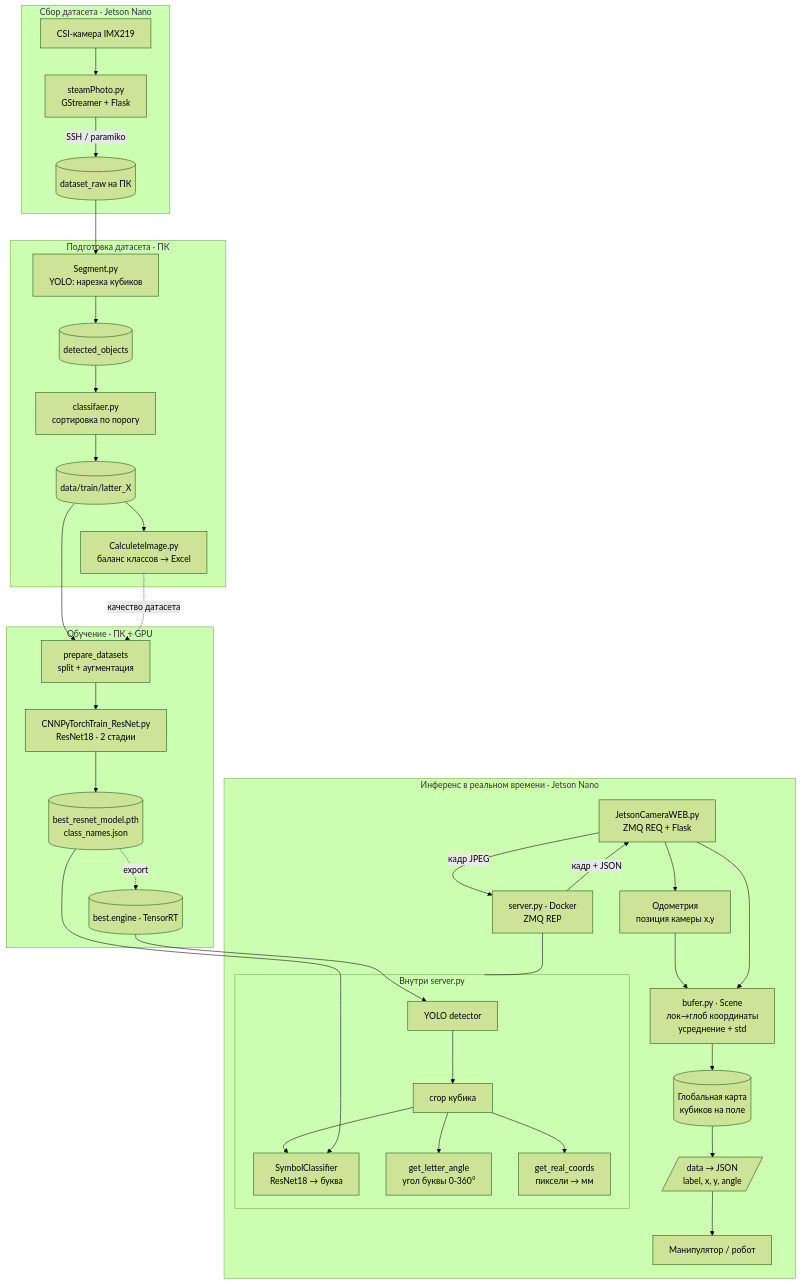
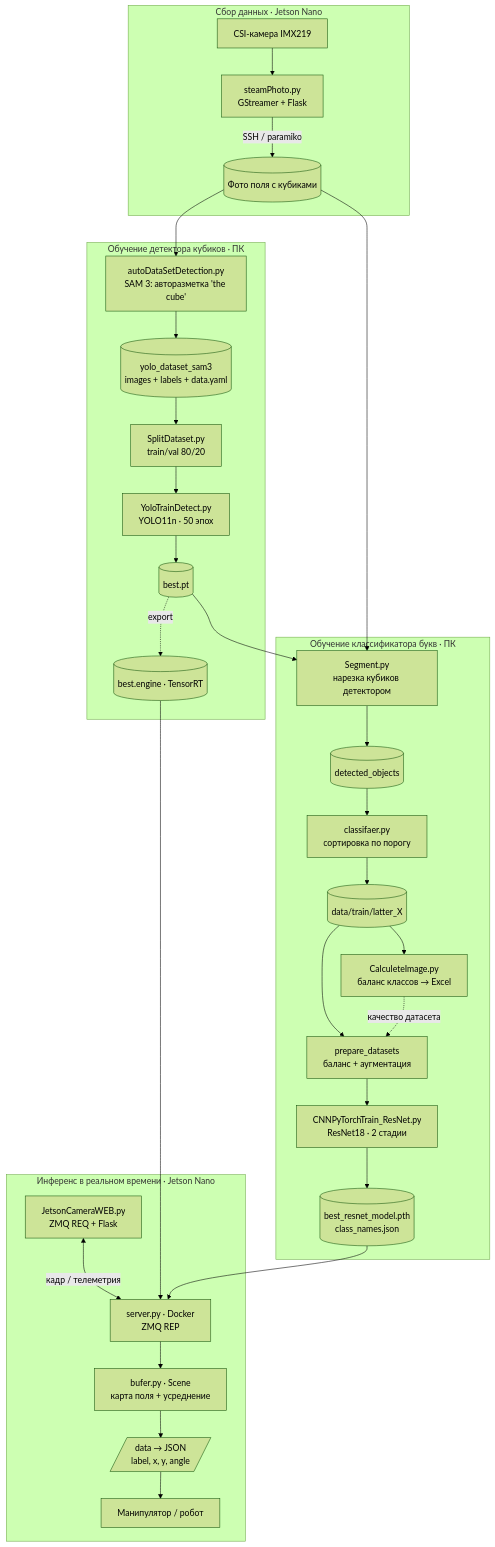
One commit to Pazlik19/YoloVision changed the first of 11 diagrams in docs/diagrams.md. Above: the diagram before and after it, drawn with Mermaid (forest theme). The commit also changed other lines of this file and 1 other file, not shown here.

First line of the commit message:
docs: добавлен пайплайн обучения YOLO-детектора в диаграммы

````diff
--- a/docs/diagrams.md
+++ b/docs/diagrams.md
@@ -14,51 +15,43 @@
 ```mermaid
 flowchart TD
     %% ================= СБОР ДАННЫХ =================
-    subgraph CAP["Сбор датасета · Jetson Nano"]
+    subgraph CAP["Сбор данных · Jetson Nano"]
         CAM[CSI-камера IMX219] --> SP[steamPhoto.py<br/>GStreamer + Flask]
-        SP -->|SSH / paramiko| RAW[(dataset_raw на ПК)]
+        SP -->|SSH / paramiko| RAW[(Фото поля с кубиками)]
     end
 
-    %% ================= ПОДГОТОВКА =================
-    subgraph PREP["Подготовка датасета · ПК"]
-        RAW --> SEG[Segment.py<br/>YOLO: нарезка кубиков]
+    %% ============ ОБУЧЕНИЕ ДЕТЕКТОРА YOLO ============
+    subgraph YTR["Обучение детектора кубиков · ПК"]
+        RAW --> SAM[autoDataSetDetection.py<br/>SAM 3: авторазметка 'the cube']
+        SAM --> YDS[(yolo_dataset_sam3<br/>images + labels + data.yaml)]
+        YDS --> SPL[SplitDataset.py<br/>train/val 80/20]
+        SPL --> YT[YoloTrainDetect.py<br/>YOLO11n · 50 эпох]
+        YT --> BEST[(best.pt)]
+        BEST -.export.-> BENG[(best.engine · TensorRT)]
+    end
+
+    %% ========== ОБУЧЕНИЕ КЛАССИФИКАТОРА ResNet ==========
+    subgraph CTR["Обучение классификатора букв · ПК"]
+        RAW --> SEG[Segment.py<br/>нарезка кубиков детектором]
+        BEST --> SEG
         SEG --> CR[(detected_objects)]
         CR --> CLS[classifaer.py<br/>сортировка по порогу]
         CLS --> DS[(data/train/latter_X)]
         DS --> CALC[CalculeteImage.py<br/>баланс классов → Excel]
-    end
-
-    %% ================= ОБУЧЕНИЕ =================
-    subgraph TRN["Обучение · ПК + GPU"]
-        DS --> BAL[prepare_datasets<br/>split + аугментация]
+        DS --> BAL[prepare_datasets<br/>баланс + аугментация]
         BAL --> RES[CNNPyTorchTrain_ResNet.py<br/>ResNet18 · 2 стадии]
         RES --> PTH[(best_resnet_model.pth<br/>class_names.json)]
-        PTH -.export.-> ENG[(best.engine · TensorRT)]
     end
 
     %% ================= ИНФЕРЕНС =================
     subgraph INF["Инференс в реальном времени · Jetson Nano"]
-        JC[JetsonCameraWEB.py<br/>ZMQ REQ + Flask] -->|кадр JPEG| SRV
-        SRV[server.py · Docker<br/>ZMQ REP] -->|кадр + JSON| JC
-
-        subgraph SRVIN["Внутри server.py"]
-            DET[YOLO detector] --> CROP[crop кубика]
-            CROP --> CLF[SymbolClassifier<br/>ResNet18 → буква]
-            CROP --> ANG[get_letter_angle<br/>угол буквы 0-360°]
-            CROP --> XY[get_real_coords<br/>пиксели → мм]
-        end
-        SRV --- SRVIN
-
-        ENG --> DET
-        PTH --> CLF
-
-        JC --> ODO[Одометрия<br/>позиция камеры x,y]
-        ODO --> SCN
-        JC --> SCN[bufer.py · Scene<br/>лок→глоб координаты<br/>усреднение + std]
-        SCN --> MAP[(Глобальная карта<br/>кубиков на поле)]
-        MAP --> OUT[/data → JSON<br/>label, x, y, angle/]
+        JC[JetsonCameraWEB.py<br/>ZMQ REQ + Flask] <-->|кадр / телеметрия| SRV[server.py · Docker<br/>ZMQ REP]
+        BENG --> SRV
+        PTH --> SRV
+        SRV --> SCN[bufer.py · Scene<br/>карта поля + усреднение]
+        SCN --> OUT[/data → JSON<br/>label, x, y, angle/]
         OUT --> ROBOT[Манипулятор / робот]
     end
 
     CALC -.качество датасета.-> BAL
 ```
````
